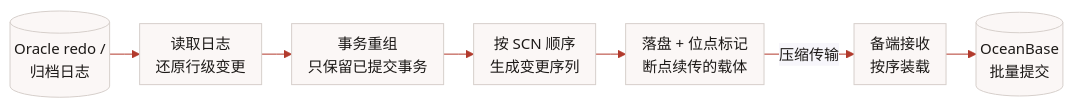
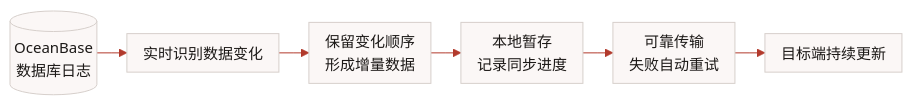
The sixth of 8 diagrams in huajin-202610.md (9bridges/fzs-slides), drawn with Mermaid before and after one commit. The commit also changed other lines of this file, not shown here.

````diff
--- a/huajin-202610.md
+++ b/huajin-202610.md
@@ -967,10 +967,9 @@
 ```mermaid
 %%{init: {'theme':'base','flowchart': {'nodeSpacing': 20, 'rankSpacing': 30, 'padding': 8, 'curve': 'linear'}, 'themeVariables':{'primaryColor':'#fbf7f6','primaryTextColor':'#1c1917','primaryBorderColor':'#d6cfcb','lineColor':'#b23a2c','fontFamily':'Kaiti SC, KaiTi, serif','fontSize':'15px'}}}%%
 flowchart LR
-  A[("Oracle redo /<br/>归档日志")] --> B["读取日志<br/>还原行级变更"]
-  B --> C["事务重组<br/>只保留已提交事务"]
-  C --> D["按 SCN 顺序<br/>生成变更序列"]
-  D --> E["落盘 + 位点标记<br/>断点续传的载体"]
-  E -->|压缩传输| F["备端接收<br/>按序装载"]
-  F --> G[("OceanBase<br/>批量提交")]
+  A[("OceanBase<br/>数据库日志")] --> B["实时识别数据变化"]
+  B --> C["保留变化顺序<br/>形成增量数据"]
+  C --> D["本地暂存<br/>记录同步进度"]
+  D --> E["可靠传输<br/>失败自动重试"]
+  E --> F["目标端持续更新"]
 ```
````
